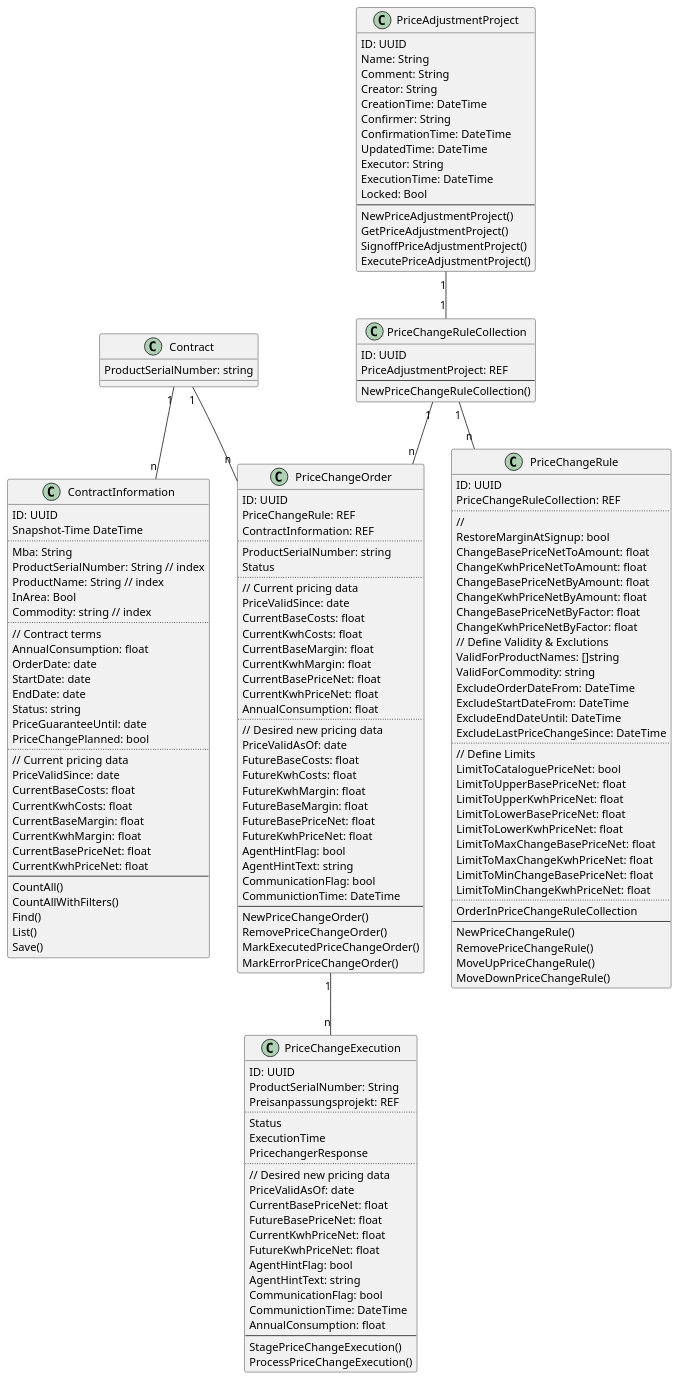
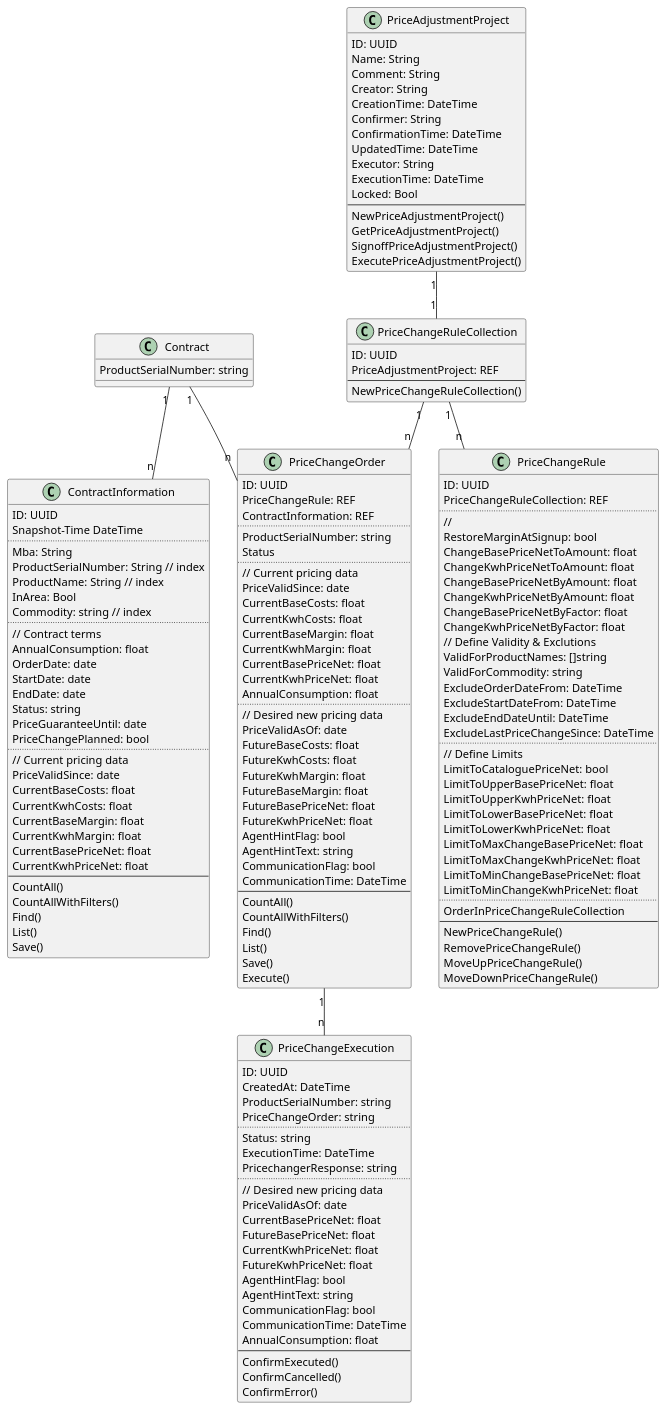
Before and after one commit to matthiasmohr/mm-vertragspreisanpasser-service: the diagram in attachments/datamodel.puml, drawn with PlantUML. The commit also changed 53 other files, not shown here.

Commit message:
priceChangeExecution done

```diff
--- a/attachments/datamodel.puml
+++ b/attachments/datamodel.puml
@@ -1,175 +1,179 @@
 @startuml
 
 class Contract {
   ProductSerialNumber: string
  }
 
 class PriceAdjustmentProject {
   ID: UUID
   Name: String
   Comment: String
   Creator: String
   CreationTime: DateTime
   Confirmer: String
   ConfirmationTime: DateTime
   UpdatedTime: DateTime
   Executor: String
   ExecutionTime: DateTime
   Locked: Bool
   --
   NewPriceAdjustmentProject()
   GetPriceAdjustmentProject()
   SignoffPriceAdjustmentProject()
   ExecutePriceAdjustmentProject()
 }
 
 class PriceChangeRuleCollection {
     ID: UUID
     PriceAdjustmentProject: REF
     --
     NewPriceChangeRuleCollection()
 }
 
 class PriceChangeRule {
     ID: UUID
     PriceChangeRuleCollection: REF
     ..
     //
     RestoreMarginAtSignup: bool
     ChangeBasePriceNetToAmount: float
     ChangeKwhPriceNetToAmount: float
     ChangeBasePriceNetByAmount: float
     ChangeKwhPriceNetByAmount: float
     ChangeBasePriceNetByFactor: float
     ChangeKwhPriceNetByFactor: float
     // Define Validity & Exclutions
 	ValidForProductNames: []string
 	ValidForCommodity: string
 	ExcludeOrderDateFrom: DateTime
 	ExcludeStartDateFrom: DateTime
 	ExcludeEndDateUntil: DateTime
 	ExcludeLastPriceChangeSince: DateTime
 	..
 	// Define Limits
 	LimitToCataloguePriceNet: bool
 	LimitToUpperBasePriceNet: float
 	LimitToUpperKwhPriceNet: float
 	LimitToLowerBasePriceNet: float
 	LimitToLowerKwhPriceNet: float
 	LimitToMaxChangeBasePriceNet: float
 	LimitToMaxChangeKwhPriceNet: float
 	LimitToMinChangeBasePriceNet: float
     LimitToMinChangeKwhPriceNet: float
     ..
     OrderInPriceChangeRuleCollection
     --
     NewPriceChangeRule()
     RemovePriceChangeRule()
     MoveUpPriceChangeRule()
     MoveDownPriceChangeRule()
 }
 
 class ContractInformation {
     ID: UUID
     Snapshot-Time DateTime
     ..
     Mba: String
     ProductSerialNumber: String // index
     ProductName: String // index
     InArea: Bool
     Commodity: string // index
     ..
     // Contract terms
     AnnualConsumption: float
     OrderDate: date
     StartDate: date
     EndDate: date
     Status: string
     PriceGuaranteeUntil: date
     PriceChangePlanned: bool
     ..
     // Current pricing data
     PriceValidSince: date
     CurrentBaseCosts: float
     CurrentKwhCosts: float
     CurrentBaseMargin: float
     CurrentKwhMargin: float
     CurrentBasePriceNet: float
     CurrentKwhPriceNet: float
     --
     CountAll()
     CountAllWithFilters()
     Find()
     List()
     Save()
 }
 
 class PriceChangeOrder {
     ID: UUID
     PriceChangeRule: REF
     ContractInformation: REF
     ..
     ProductSerialNumber: string
     Status
     ..
     // Current pricing data
     PriceValidSince: date
     CurrentBaseCosts: float
     CurrentKwhCosts: float
     CurrentBaseMargin: float
     CurrentKwhMargin: float
     CurrentBasePriceNet: float
     CurrentKwhPriceNet: float
     AnnualConsumption: float
     ..
     // Desired new pricing data
     PriceValidAsOf: date
     FutureBaseCosts: float
     FutureKwhCosts: float
     FutureKwhMargin: float
     FutureBaseMargin: float
     FutureBasePriceNet: float
     FutureKwhPriceNet: float
     AgentHintFlag: bool
     AgentHintText: string
     CommunicationFlag: bool
-    CommunictionTime: DateTime
+    CommunicationTime: DateTime
     --
-    NewPriceChangeOrder()
-    RemovePriceChangeOrder()
-    MarkExecutedPriceChangeOrder()
-    MarkErrorPriceChangeOrder()
+    CountAll()
+    CountAllWithFilters()
+    Find()
+    List()
+    Save()
+    Execute()
 }
 
 class PriceChangeExecution {
     ID: UUID
-    ProductSerialNumber: String
-    Preisanpassungsprojekt: REF
+    CreatedAt: DateTime
+    ProductSerialNumber: string
+    PriceChangeOrder: string
     ..
-    Status
-    ExecutionTime
-    PricechangerResponse
+    Status: string
+    ExecutionTime: DateTime
+    PricechangerResponse: string
     ..
     // Desired new pricing data
     PriceValidAsOf: date
     CurrentBasePriceNet: float
     FutureBasePriceNet: float
     CurrentKwhPriceNet: float
     FutureKwhPriceNet: float
     AgentHintFlag: bool
     AgentHintText: string
     CommunicationFlag: bool
-    CommunictionTime: DateTime
+    CommunicationTime: DateTime
     AnnualConsumption: float
     --
-    StagePriceChangeExecution()
-    ProcessPriceChangeExecution()
+    ConfirmExecuted()
+    ConfirmCancelled()
+    ConfirmError()
 }
 
 PriceAdjustmentProject "1" -- "1" PriceChangeRuleCollection
 PriceChangeRuleCollection "1" -- "n" PriceChangeRule
 PriceChangeRuleCollection "1" -- "n" PriceChangeOrder
 Contract "1" -- "n" ContractInformation
 Contract "1" -- "n" PriceChangeOrder
 PriceChangeOrder "1" -- "n" PriceChangeExecution
 @enduml
```
